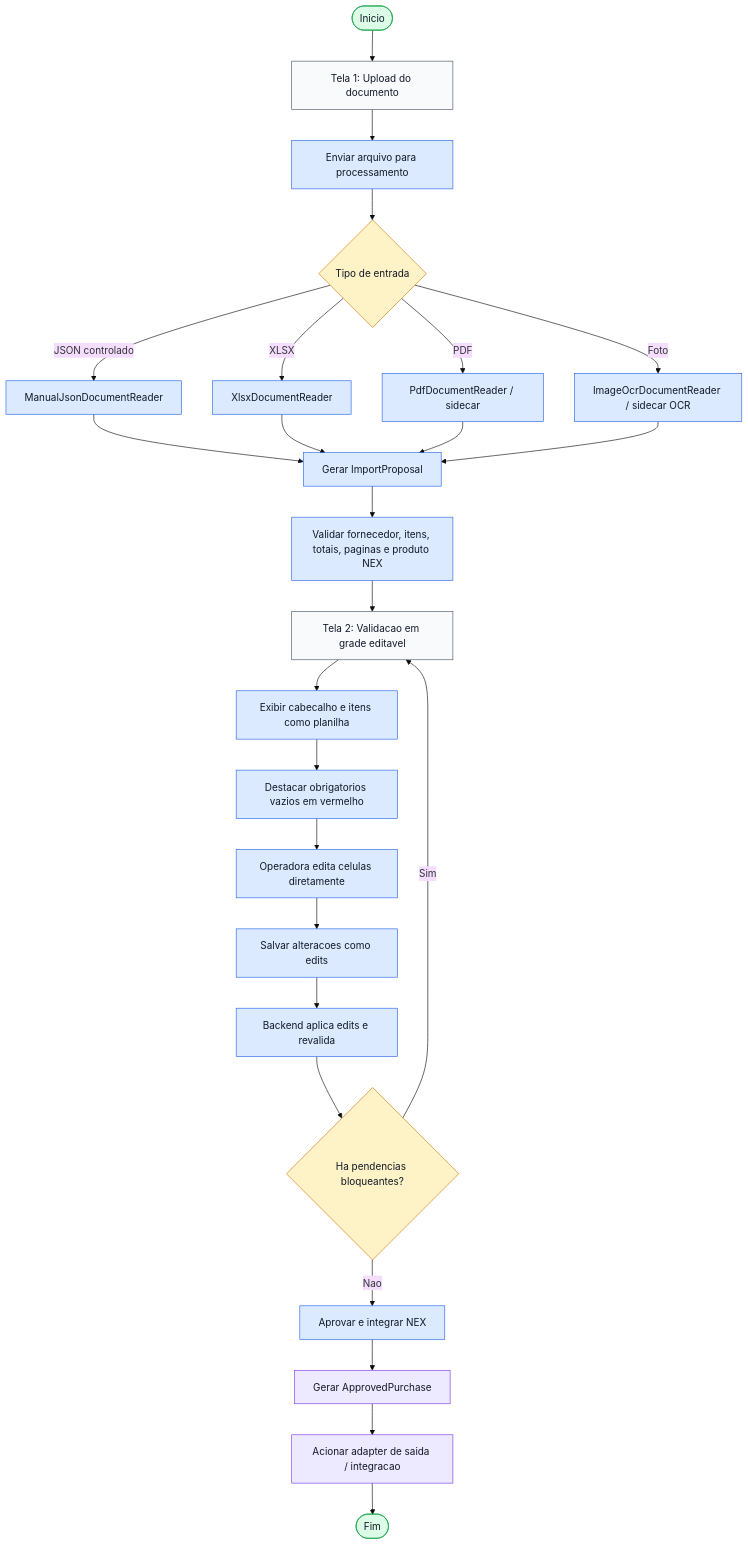
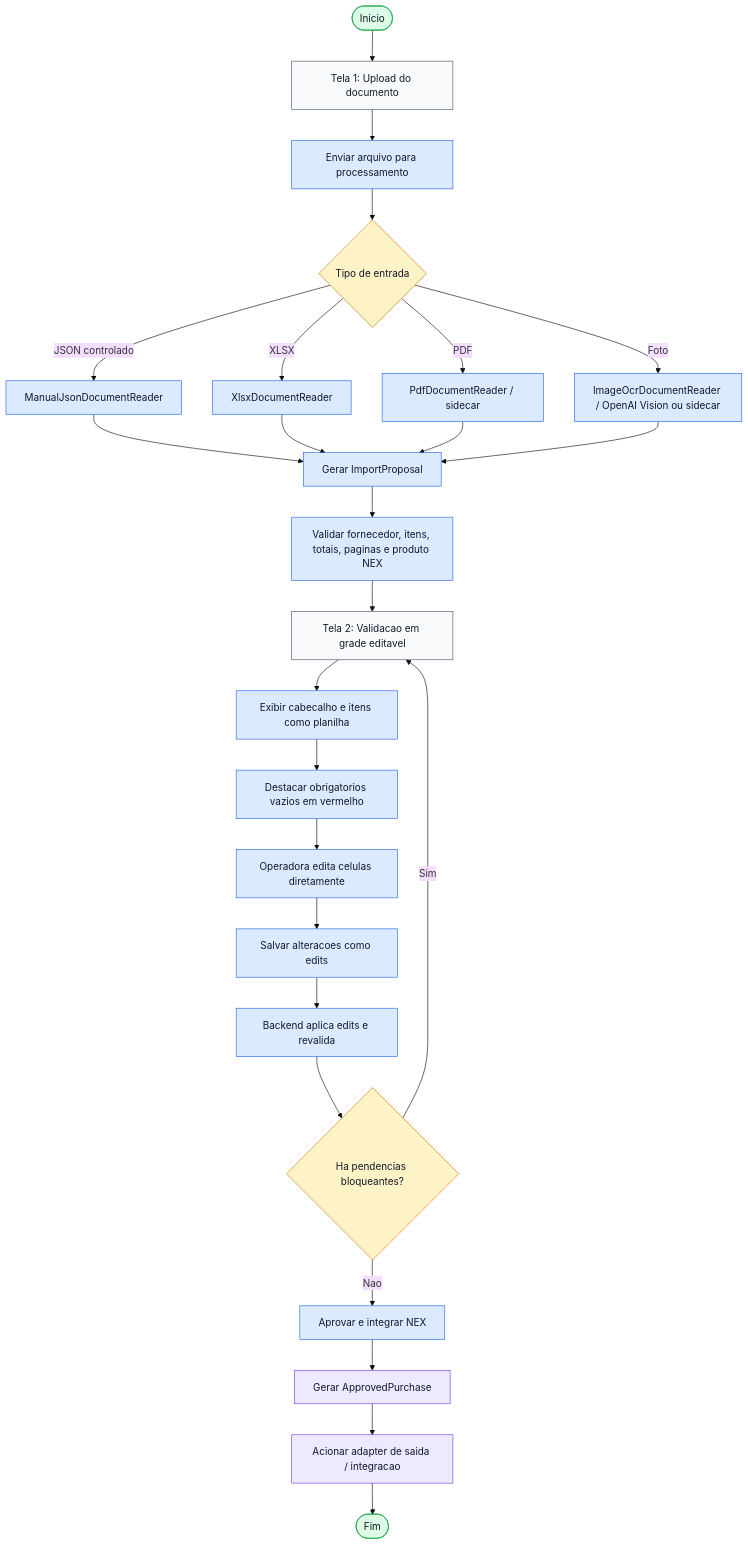
The diagram in docs/diagrams/05-sprint2-fluxo-revisao.mmd (NilsonJoseMoreiraFilho/projeto-pos-importacao-nex), drawn with Mermaid (base theme) before and after one commit. The commit also changed 4 other files, not shown here.

Commit message:
feat: add OpenAI vision extraction adapter

```diff
--- a/docs/diagrams/05-sprint2-fluxo-revisao.mmd
+++ b/docs/diagrams/05-sprint2-fluxo-revisao.mmd
@@ -1,43 +1,43 @@
 flowchart TB
     inicio([Inicio]) --> telaUpload["Tela 1: Upload do documento"]
     telaUpload --> enviar["Enviar arquivo para processamento"]
     enviar --> reader{Tipo de entrada}
 
     reader -->|JSON controlado| manual["ManualJsonDocumentReader"]
     reader -->|XLSX| xlsx["XlsxDocumentReader"]
     reader -->|PDF| pdf["PdfDocumentReader / sidecar"]
-    reader -->|Foto| ocr["ImageOcrDocumentReader / sidecar OCR"]
+    reader -->|Foto| ocr["ImageOcrDocumentReader / OpenAI Vision ou sidecar"]
 
     manual --> proposta["Gerar ImportProposal"]
     xlsx --> proposta
     pdf --> proposta
     ocr --> proposta
 
     proposta --> validar["Validar fornecedor, itens, totais, paginas e produto NEX"]
     validar --> telaValidacao["Tela 2: Validacao em grade editavel"]
 
     telaValidacao --> tabela["Exibir cabecalho e itens como planilha"]
     tabela --> destacar["Destacar obrigatorios vazios em vermelho"]
     destacar --> editar["Operadora edita celulas diretamente"]
     editar --> salvar["Salvar alteracoes como edits"]
     salvar --> revalidar["Backend aplica edits e revalida"]
 
     revalidar --> pendencias{Ha pendencias bloqueantes?}
     pendencias -->|Sim| telaValidacao
     pendencias -->|Nao| aprovar["Aprovar e integrar NEX"]
 
     aprovar --> approved["Gerar ApprovedPurchase"]
     approved --> saida["Acionar adapter de saida / integracao"]
     saida --> fim([Fim])
 
     classDef start fill:#dcfce7,stroke:#16a34a,color:#111827;
     classDef screen fill:#f8fafc,stroke:#475569,color:#111827;
     classDef process fill:#dbeafe,stroke:#2563eb,color:#111827;
     classDef decision fill:#fef3c7,stroke:#d97706,color:#111827;
     classDef output fill:#ede9fe,stroke:#7c3aed,color:#111827;
 
     class inicio,fim start;
     class telaUpload,telaValidacao screen;
     class enviar,manual,xlsx,pdf,ocr,proposta,validar,tabela,destacar,editar,salvar,revalidar,aprovar process;
     class reader,pendencias decision;
     class approved,saida output;
```
